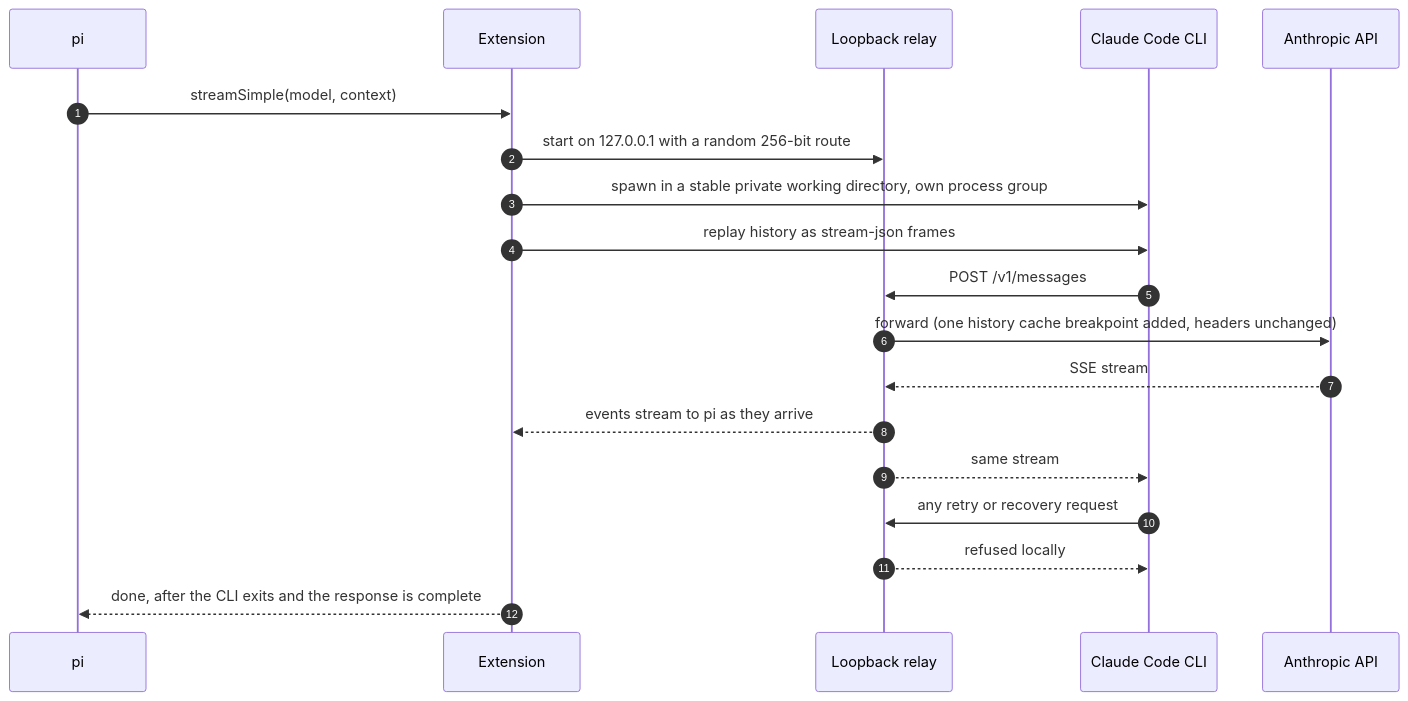
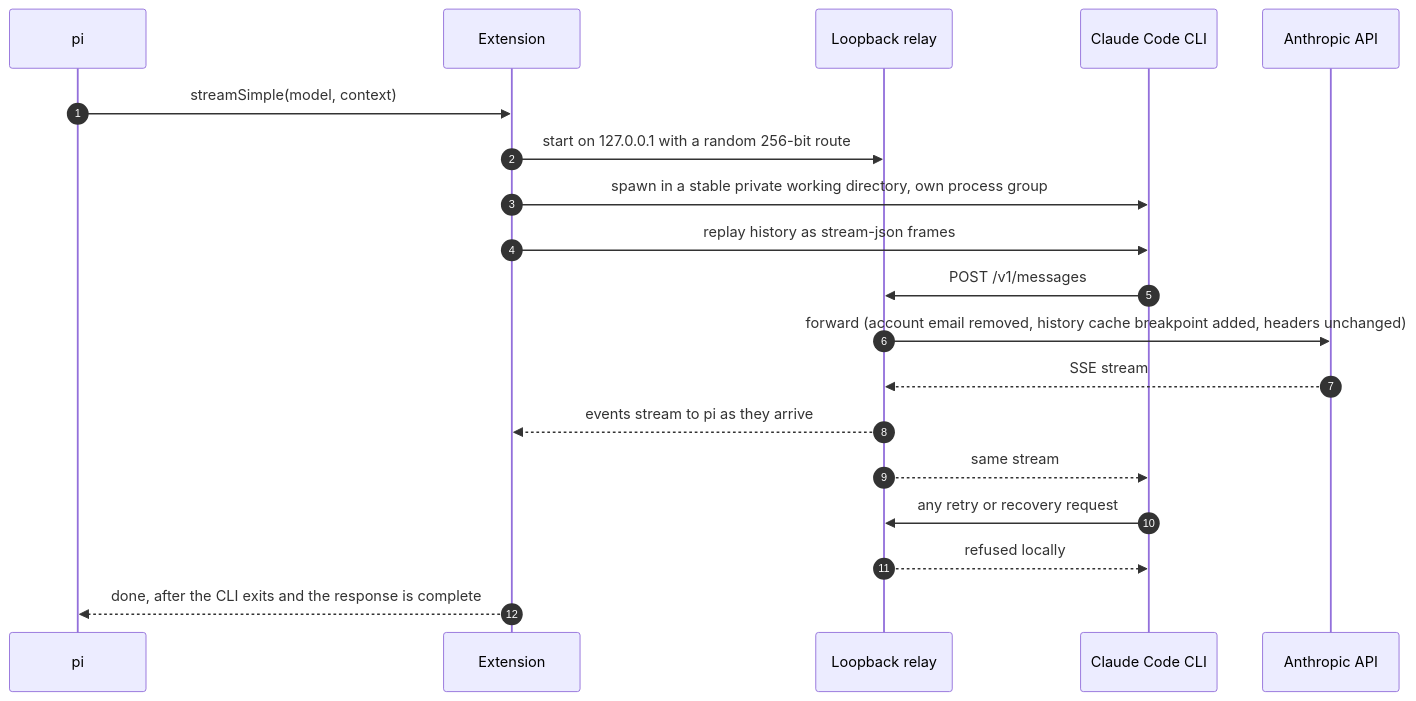
The diagram in README.md (mandofever78/oPius), drawn with Mermaid before and after one commit. The commit also changed other lines of this file and 1 other file, not shown here.

First line of the commit message:
README: import path, keepWarm thinking cost, what the relay changes

````diff
--- a/README.md
+++ b/README.md
@@ -139,22 +139,22 @@
 ```mermaid
 sequenceDiagram
     autonumber
     participant pi
     participant ext as Extension
     participant relay as Loopback relay
     participant cc as Claude Code CLI
     participant api as Anthropic API
 
     pi->>ext: streamSimple(model, context)
     ext->>relay: start on 127.0.0.1 with a random 256-bit route
     ext->>cc: spawn in a stable private working directory, own process group
     ext->>cc: replay history as stream-json frames
     cc->>relay: POST /v1/messages
-    relay->>api: forward (one history cache breakpoint added, headers unchanged)
+    relay->>api: forward (account email removed, history cache breakpoint added, headers unchanged)
     api-->>relay: SSE stream
     relay-->>ext: events stream to pi as they arrive
     relay-->>cc: same stream
     cc->>relay: any retry or recovery request
     relay-->>cc: refused locally
     ext-->>pi: done, after the CLI exits and the response is complete
 ```
````
